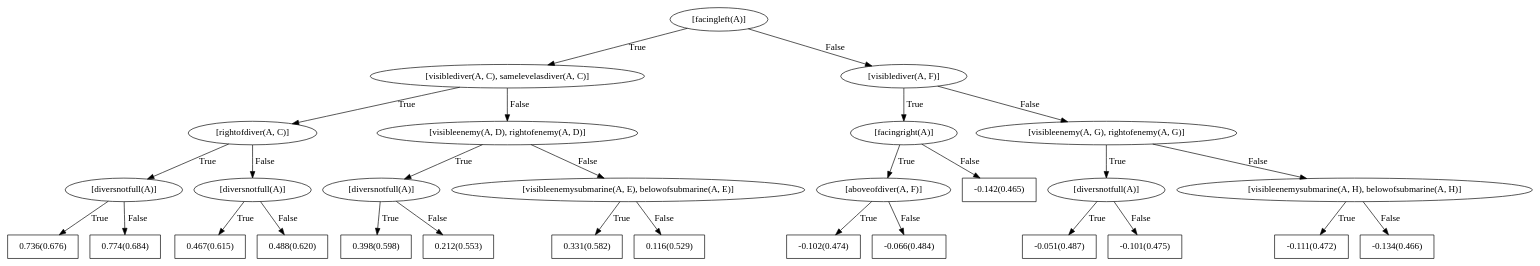
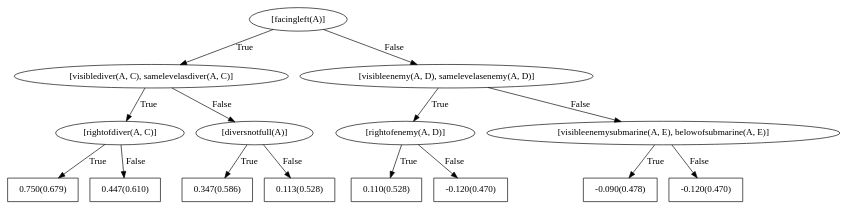
Before and after one commit to nikhileshp/NeSY-Imitation-Learning: the diagram in rdn_models/seaquest/all/negpos_2_trees_1_depth_2_grounding_penalty_0.1/left/bRDNs/dotFiles/WILLTreeFor_action0.dot, drawn with Graphviz. The commit also changed 424 other files, not shown here.

```diff
--- a/rdn_models/seaquest/all/negpos_2_trees_1_depth_2_grounding_penalty_0.1/left/bRDNs/dotFiles/WILLTreeFor_action0.dot
+++ b/rdn_models/seaquest/all/negpos_2_trees_1_depth_2_grounding_penalty_0.1/left/bRDNs/dotFiles/WILLTreeFor_action0.dot
@@ -1,59 +1,31 @@
 digraph G{ 
 1[label = "[facingleft(A)]"];
 1 -> 2[label="True"];
 1 -> 3[label="False"];
 2[label = "[visiblediver(A, C), samelevelasdiver(A, C)]"];
 2 -> 4[label="True"];
 2 -> 5[label="False"];
 4[label = "[rightofdiver(A, C)]"];
 4 -> 6[label="True"];
 4 -> 7[label="False"];
-6[label = "[diversnotfull(A)]"];
-6 -> 8[label="True"];
-6 -> 9[label="False"];
-8[shape = box,label = "0.736(0.676)"];
-9[shape = box,label = "0.774(0.684)"];
-7[label = "[diversnotfull(A)]"];
-7 -> 10[label="True"];
-7 -> 11[label="False"];
-10[shape = box,label = "0.467(0.615)"];
-11[shape = box,label = "0.488(0.620)"];
-5[label = "[visibleenemy(A, D), rightofenemy(A, D)]"];
-5 -> 12[label="True"];
-5 -> 13[label="False"];
-12[label = "[diversnotfull(A)]"];
-12 -> 14[label="True"];
-12 -> 15[label="False"];
-14[shape = box,label = "0.398(0.598)"];
-15[shape = box,label = "0.212(0.553)"];
-13[label = "[visibleenemysubmarine(A, E), belowofsubmarine(A, E)]"];
-13 -> 16[label="True"];
-13 -> 17[label="False"];
-16[shape = box,label = "0.331(0.582)"];
-17[shape = box,label = "0.116(0.529)"];
-3[label = "[visiblediver(A, F)]"];
-3 -> 18[label="True"];
-3 -> 19[label="False"];
-18[label = "[facingright(A)]"];
-18 -> 20[label="True"];
-18 -> 21[label="False"];
-20[label = "[aboveofdiver(A, F)]"];
-20 -> 22[label="True"];
-20 -> 23[label="False"];
-22[shape = box,label = "-0.102(0.474)"];
-23[shape = box,label = "-0.066(0.484)"];
-21[shape = box,label = "-0.142(0.465)"];
-19[label = "[visibleenemy(A, G), rightofenemy(A, G)]"];
-19 -> 24[label="True"];
-19 -> 25[label="False"];
-24[label = "[diversnotfull(A)]"];
-24 -> 26[label="True"];
-24 -> 27[label="False"];
-26[shape = box,label = "-0.051(0.487)"];
-27[shape = box,label = "-0.101(0.475)"];
-25[label = "[visibleenemysubmarine(A, H), belowofsubmarine(A, H)]"];
-25 -> 28[label="True"];
-25 -> 29[label="False"];
-28[shape = box,label = "-0.111(0.472)"];
-29[shape = box,label = "-0.134(0.466)"];
+6[shape = box,label = "0.750(0.679)"];
+7[shape = box,label = "0.447(0.610)"];
+5[label = "[diversnotfull(A)]"];
+5 -> 8[label="True"];
+5 -> 9[label="False"];
+8[shape = box,label = "0.347(0.586)"];
+9[shape = box,label = "0.113(0.528)"];
+3[label = "[visibleenemy(A, D), samelevelasenemy(A, D)]"];
+3 -> 10[label="True"];
+3 -> 11[label="False"];
+10[label = "[rightofenemy(A, D)]"];
+10 -> 12[label="True"];
+10 -> 13[label="False"];
+12[shape = box,label = "0.110(0.528)"];
+13[shape = box,label = "-0.120(0.470)"];
+11[label = "[visibleenemysubmarine(A, E), belowofsubmarine(A, E)]"];
+11 -> 14[label="True"];
+11 -> 15[label="False"];
+14[shape = box,label = "-0.090(0.478)"];
+15[shape = box,label = "-0.120(0.470)"];
 }
```
